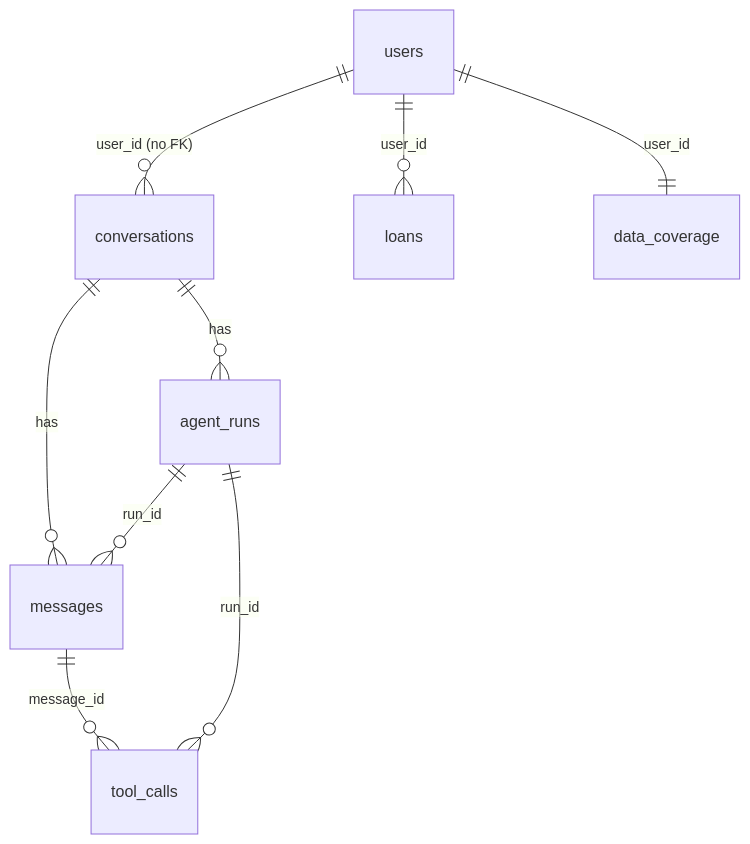
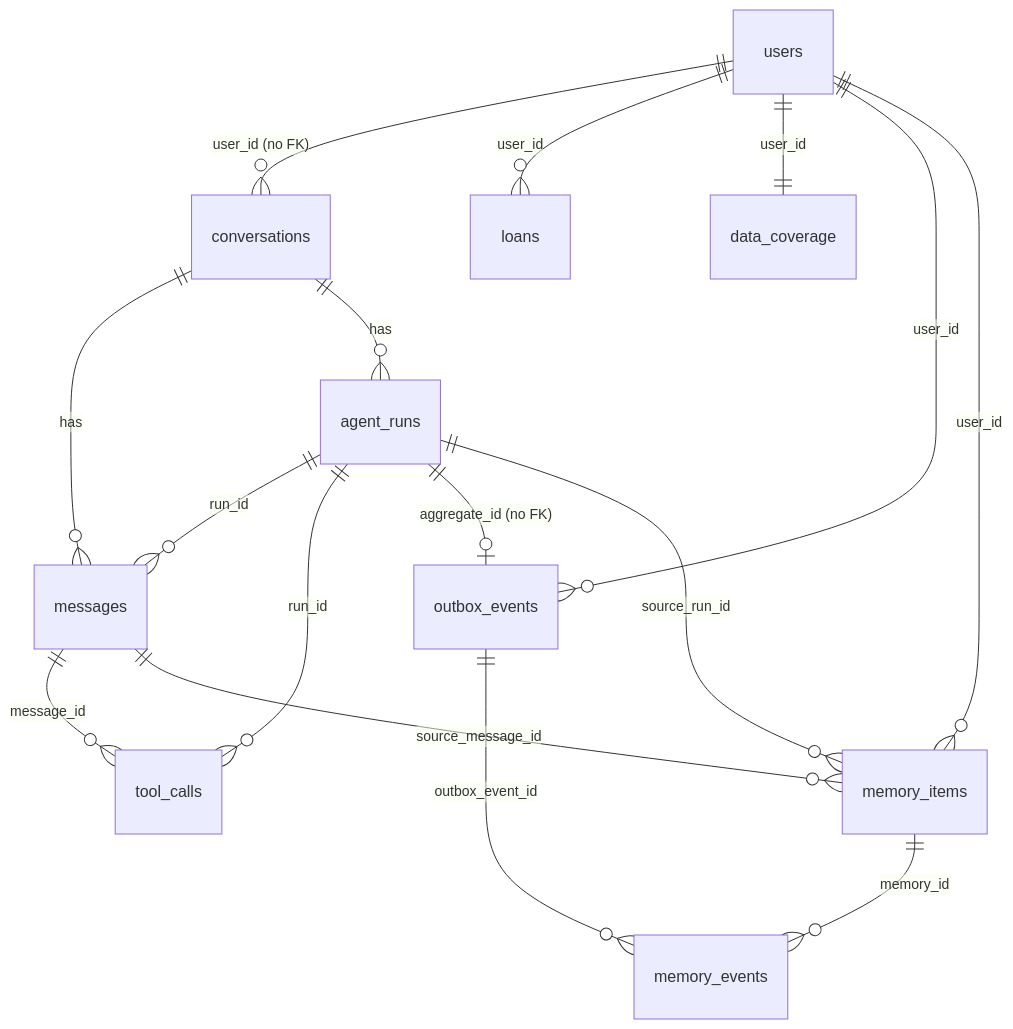
Before and after one commit to jay-isampelliwar/ai-native-fpa: the second of 2 diagrams in docs/PROJECT_CONTEXT.md, drawn with Mermaid. The commit also changed other lines of this file, not shown here.

Commit message:
docs: update project context snapshot with memory management changes

````diff
--- a/docs/PROJECT_CONTEXT.md
+++ b/docs/PROJECT_CONTEXT.md
@@ -366,11 +483,18 @@
 ```mermaid
 erDiagram
     users ||--o{ conversations : "user_id (no FK)"
     conversations ||--o{ messages : has
     conversations ||--o{ agent_runs : has
     agent_runs ||--o{ messages : "run_id"
     agent_runs ||--o{ tool_calls : "run_id"
     messages ||--o{ tool_calls : "message_id"
     users ||--o{ loans : "user_id"
     users ||--|| data_coverage : "user_id"
+    agent_runs ||--o| outbox_events : "aggregate_id (no FK)"
+    users ||--o{ outbox_events : "user_id"
+    users ||--o{ memory_items : "user_id"
+    memory_items ||--o{ memory_events : "memory_id"
+    messages ||--o{ memory_items : "source_message_id"
+    agent_runs ||--o{ memory_items : "source_run_id"
+    outbox_events ||--o{ memory_events : "outbox_event_id"
 ```
````
